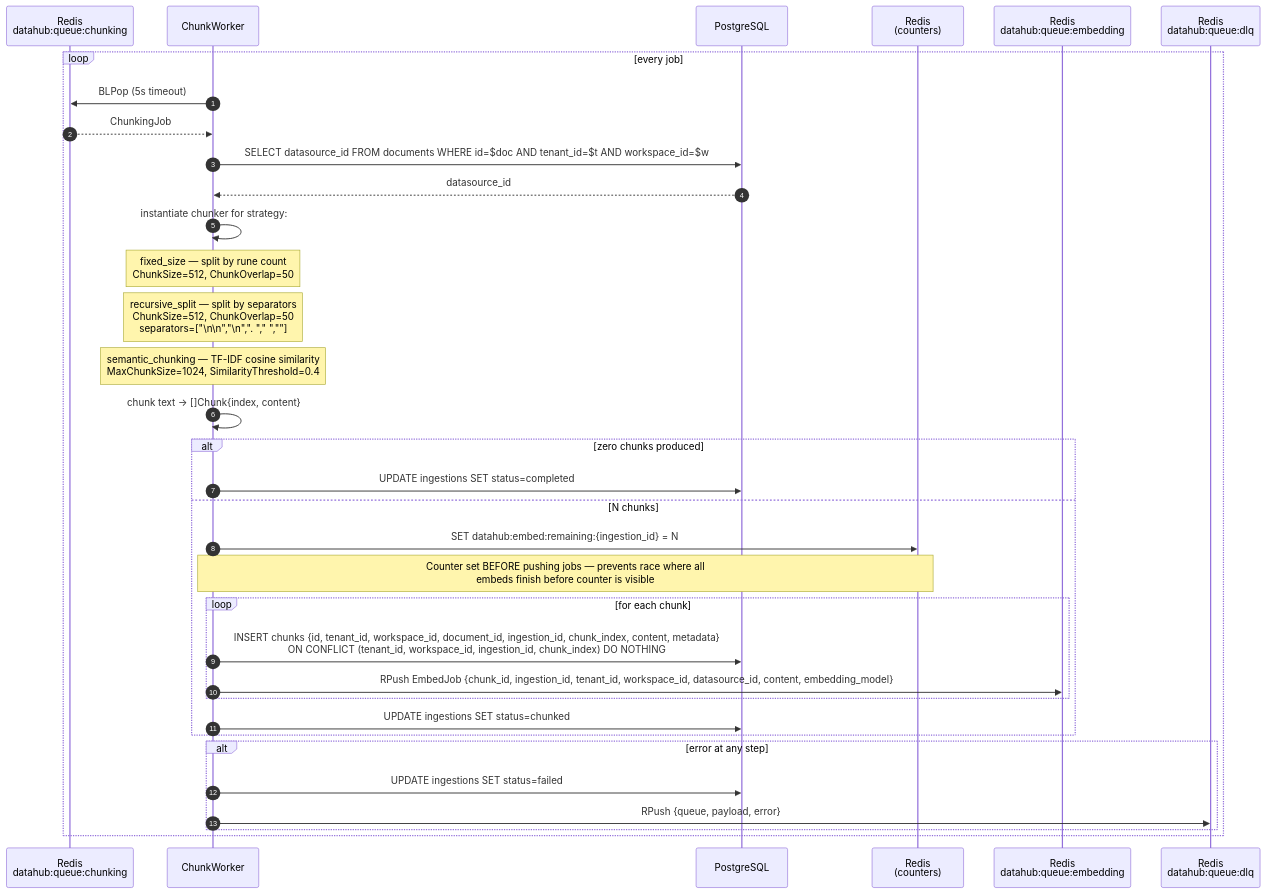
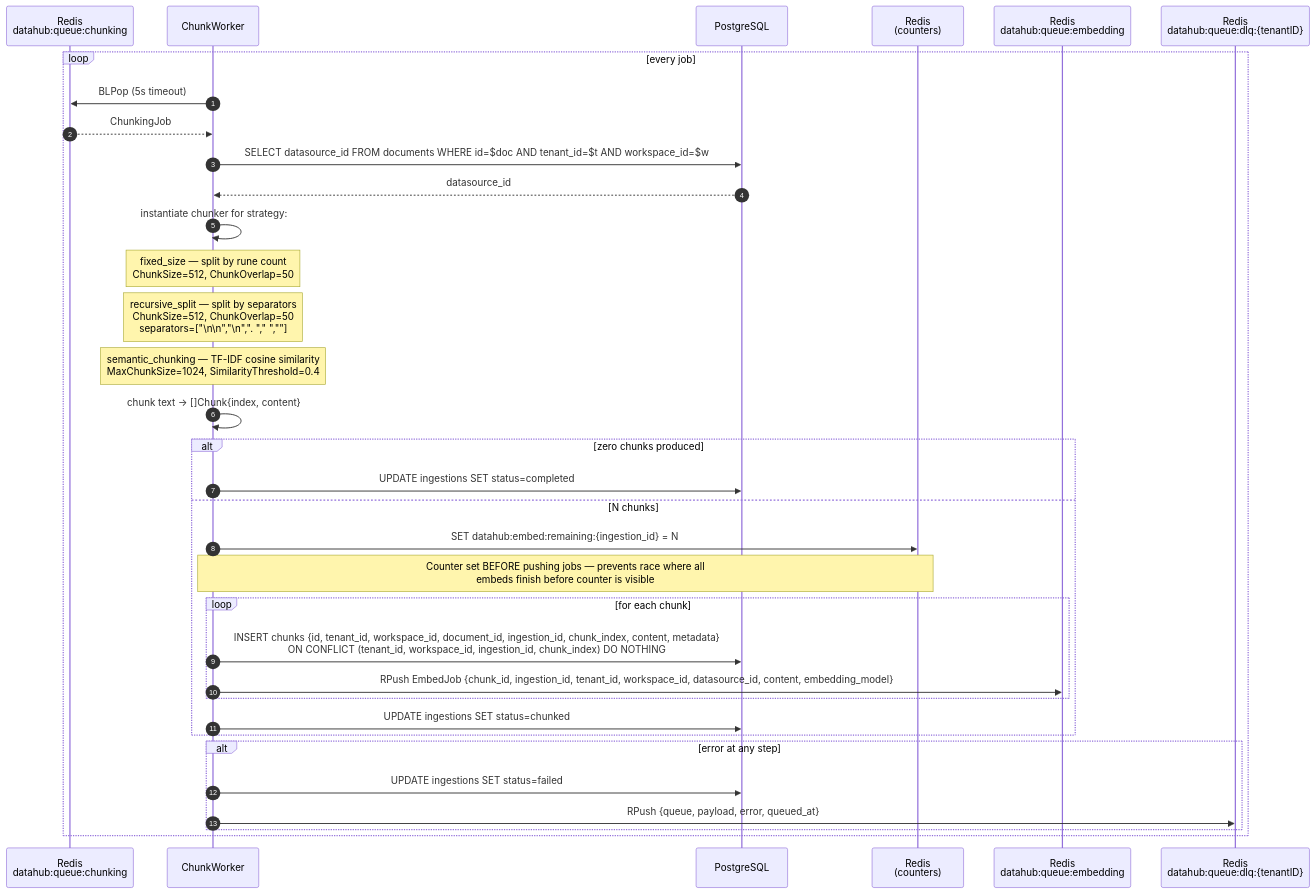
Before and after one commit to Andrew-Bu1/Agent-Platform: the third of 4 diagrams in docs/architecture/data_layer/ingestion_sequence.md, drawn with Mermaid. The commit also changed other lines of this file and 6 other files, not shown here.

````diff
--- a/docs/architecture/data_layer/ingestion_sequence.md
+++ b/docs/architecture/data_layer/ingestion_sequence.md
@@ -90,44 +90,44 @@
 ```mermaid
 sequenceDiagram
     autonumber
     participant CQ as Redis<br/>datahub:queue:chunking
     participant CW as ChunkWorker
     participant PG as PostgreSQL
     participant Redis as Redis<br/>(counters)
     participant EQ as Redis<br/>datahub:queue:embedding
-    participant DLQ as Redis<br/>datahub:queue:dlq
+    participant DLQ as Redis<br/>datahub:queue:dlq:{tenantID}
 
     loop every job
         CW->>CQ: BLPop (5s timeout)
         CQ-->>CW: ChunkingJob
 
         CW->>PG: SELECT datasource_id FROM documents WHERE id=$doc AND tenant_id=$t AND workspace_id=$w
         PG-->>CW: datasource_id
 
         CW->>CW: instantiate chunker for strategy:
         Note over CW: fixed_size — split by rune count<br/>ChunkSize=512, ChunkOverlap=50
         Note over CW: recursive_split — split by separators<br/>ChunkSize=512, ChunkOverlap=50<br/>separators=["\n\n","\n",". "," ",""]
         Note over CW: semantic_chunking — TF-IDF cosine similarity<br/>MaxChunkSize=1024, SimilarityThreshold=0.4
 
         CW->>CW: chunk text → []Chunk{index, content}
 
         alt zero chunks produced
             CW->>PG: UPDATE ingestions SET status=completed
         else N chunks
             CW->>Redis: SET datahub:embed:remaining:{ingestion_id} = N
             Note over CW,Redis: Counter set BEFORE pushing jobs — prevents race where all<br/>embeds finish before counter is visible
 
             loop for each chunk
                 CW->>PG: INSERT chunks {id, tenant_id, workspace_id, document_id, ingestion_id, chunk_index, content, metadata}<br/>ON CONFLICT (tenant_id, workspace_id, ingestion_id, chunk_index) DO NOTHING
                 CW->>EQ: RPush EmbedJob {chunk_id, ingestion_id, tenant_id, workspace_id, datasource_id, content, embedding_model}
             end
 
             CW->>PG: UPDATE ingestions SET status=chunked
         end
 
         alt error at any step
             CW->>PG: UPDATE ingestions SET status=failed
-            CW->>DLQ: RPush {queue, payload, error}
+            CW->>DLQ: RPush {queue, payload, error, queued_at}
         end
     end
 ```
````
